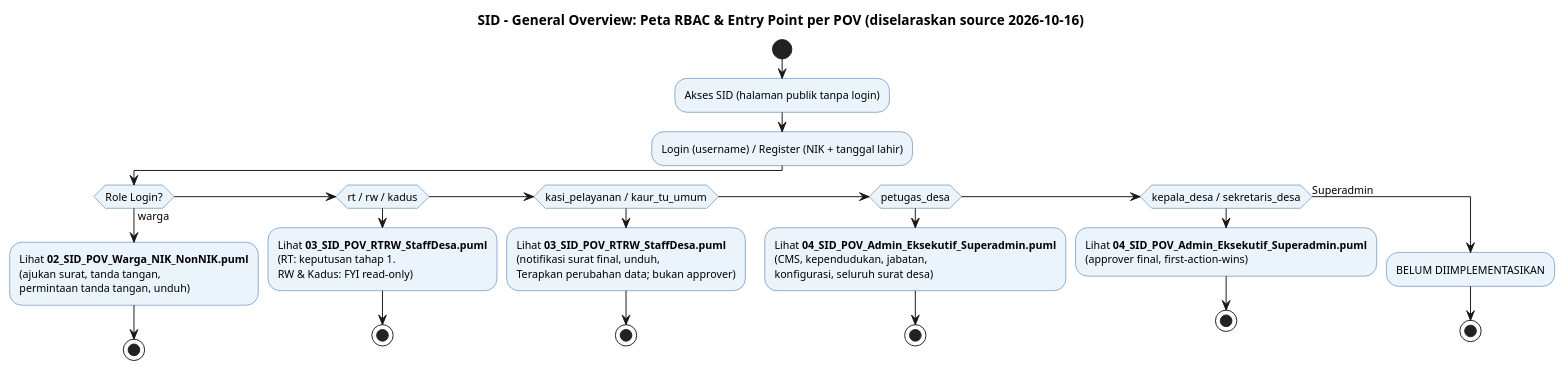
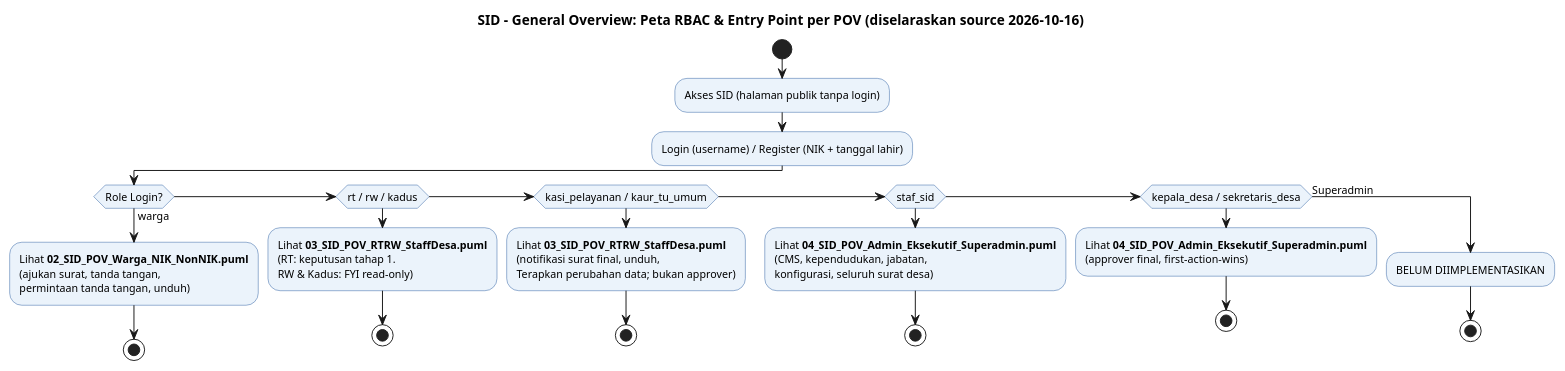
The diagram in docs/bussines_workflow/01_Entry_Point_Overview.puml (Vextronode/sid-app), drawn with PlantUML before and after one commit. The commit also changed 264 other files, not shown here.

First line of the commit message:
Feature/organisasi desa dan staf sid (#184)

```diff
--- a/docs/bussines_workflow/01_Entry_Point_Overview.puml
+++ b/docs/bussines_workflow/01_Entry_Point_Overview.puml
@@ -1,48 +1,48 @@
 @startuml
 title SID - General Overview: Peta RBAC & Entry Point per POV (diselaraskan source 2026-10-16)
 
 skinparam activity {
   BackgroundColor #EBF3FB
   BorderColor #2E5FA3
   FontName Arial
   FontSize 11
 }
 skinparam note {
   BackgroundColor #FFF8E1
   BorderColor #C0A000
 }
 
 start
 :Akses SID (halaman publik tanpa login);
 :Login (username) / Register (NIK + tanggal lahir);
 
 if (Role Login?) then (warga)
   :Lihat **02_SID_POV_Warga_NIK_NonNIK.puml**\n(ajukan surat, tanda tangan,\npermintaan tanda tangan, unduh);
   stop
 elseif (rt / rw / kadus) then
   :Lihat **03_SID_POV_RTRW_StaffDesa.puml**\n(RT: keputusan tahap 1.\nRW & Kadus: FYI read-only);
   stop
 elseif (kasi_pelayanan / kaur_tu_umum) then
   :Lihat **03_SID_POV_RTRW_StaffDesa.puml**\n(notifikasi surat final, unduh,\nTerapkan perubahan data; bukan approver);
   stop
-elseif (petugas_desa) then
+elseif (staf_sid) then
   :Lihat **04_SID_POV_Admin_Eksekutif_Superadmin.puml**\n(CMS, kependudukan, jabatan,\nkonfigurasi, seluruh surat desa);
   stop
 elseif (kepala_desa / sekretaris_desa) then
   :Lihat **04_SID_POV_Admin_Eksekutif_Superadmin.puml**\n(approver final, first-action-wins);
   stop
 else (Superadmin)
   :BELUM DIIMPLEMENTASIKAN;
   stop
 endif
 
 note right
   Pejabat (selain Petugas Desa) yang punya
   data kependudukan juga dapat mengajukan
   surat untuk dirinya (menu Surat Saya).
   Proses otomatis sistem: 05_SistemOtomatis.puml.
   Pemetaan label tier → users.role:
   SID-ARCH-SYS-001 S4.
 end note
 
 @enduml
```
